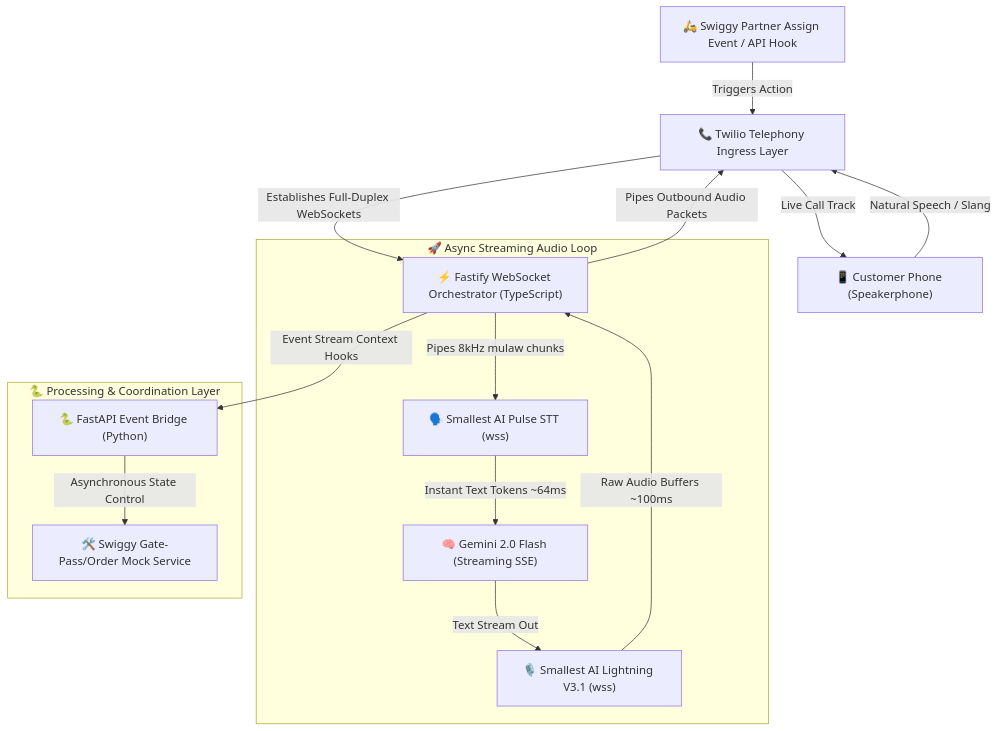
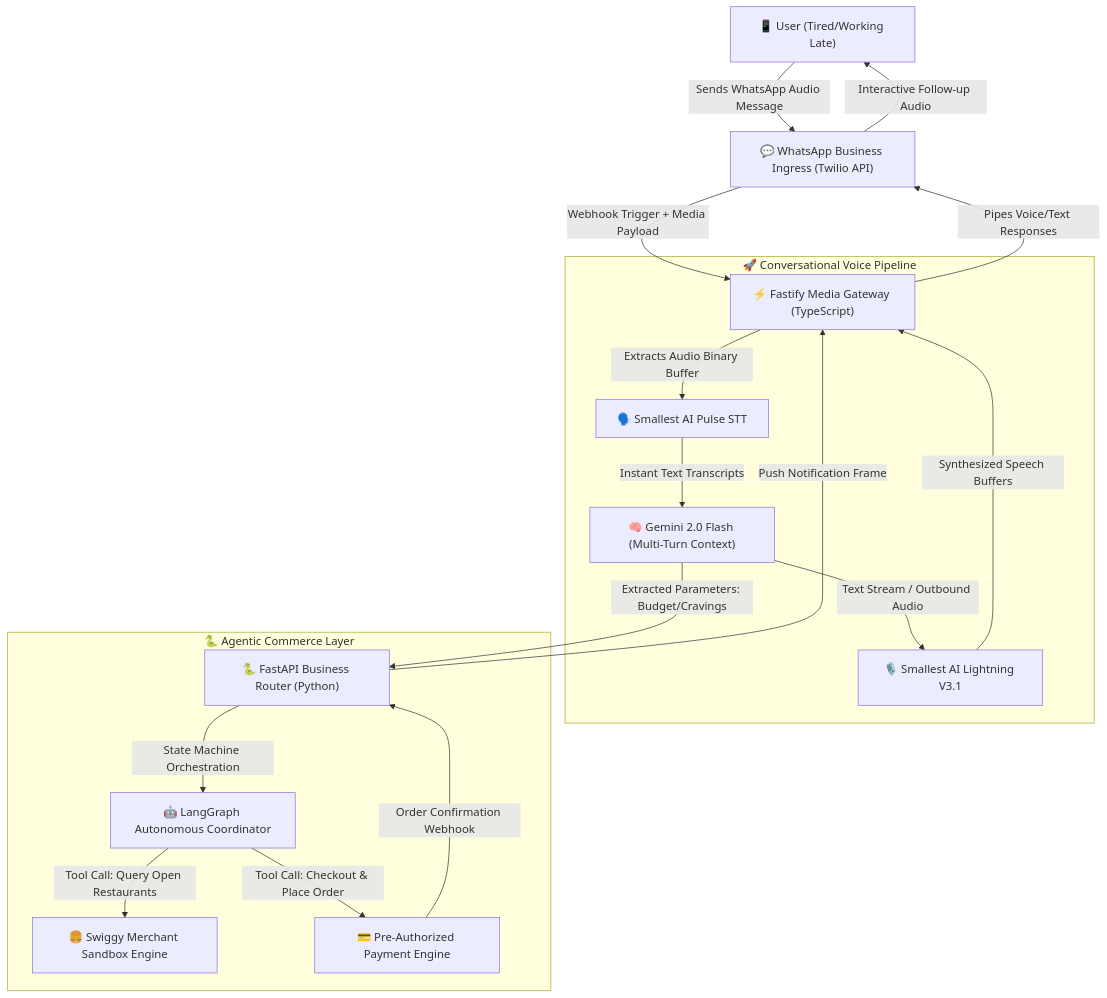
The diagram in README.md (vishalsingh2972/Late-Night-Bites), drawn with Mermaid before and after one commit. The commit also changed other lines of this file, not shown here.

````diff
--- a/README.md
+++ b/README.md
@@ -12,23 +11,24 @@
 ```mermaid
 flowchart TD
-    A["🛵 Swiggy Partner Assign Event / API Hook"] -->|Triggers Action| B["📞 Twilio Telephony Ingress Layer"]
-    B -->|Establishes Full-Duplex WebSockets| C["⚡ Fastify WebSocket Orchestrator (TypeScript)"]
+    A["📱 User (Tired/Working Late)"] -->|Sends WhatsApp Audio Message| B["💬 WhatsApp Business Ingress (Twilio API)"]
+    B -->|Webhook Trigger + Media Payload| C["⚡ Fastify Media Gateway (TypeScript)"]
     
-    subgraph Core_Engine ["🚀 Async Streaming Audio Loop"]
-        C -->|Pipes 8kHz mulaw chunks| D["🗣️ Smallest AI Pulse STT (wss)"]
-        D -->|Instant Text Tokens ~64ms| E["🧠 Gemini 2.0 Flash (Streaming SSE)"]
-        E -->|Text Stream Out| F["🎙️ Smallest AI Lightning V3.1 (wss)"]
-        F -->|Raw Audio Buffers ~100ms| C
+    subgraph Conversation_Engine ["🚀 Conversational Voice Pipeline"]
+        C -->|Extracts Audio Binary Buffer| D["🗣️ Smallest AI Pulse STT"]
+        D -->|Instant Text Transcripts| E["🧠 Gemini 2.0 Flash (Multi-Turn Context)"]
+        E -->|Text Stream / Outbound Audio| F["🎙️ Smallest AI Lightning V3.1"]
+        F -->|Synthesized Speech Buffers| C
     end
     
-    C -->|Pipes Outbound Audio Packets| B
-    B -->|Live Call Track| G["📱 Customer Phone (Speakerphone)"]
+    C -->|Pipes Voice/Text Responses| B -->|Interactive Follow-up Audio| A
     
-    subgraph Data_Orchestration ["🐍 Processing & Coordination Layer"]
-        C -->|Event Stream Context Hooks| H["🐍 FastAPI Event Bridge (Python)"]
-        H -->|Asynchronous State Control| I["🛠️ Swiggy Gate-Pass/Order Mock Service"]
+    subgraph Autonomous_Execution ["🐍 Agentic Commerce Layer"]
+        E -->|Extracted Parameters: Budget/Cravings| G["🐍 FastAPI Business Router (Python)"]
+        G -->|State Machine Orchestration| H["🤖 LangGraph Autonomous Coordinator"]
+        H -->|Tool Call: Query Open Restaurants| I["🍔 Swiggy Merchant Sandbox Engine"]
+        H -->|Tool Call: Checkout & Place Order| J["💳 Pre-Authorized Payment Engine"]
     end
     
-    G -->|Natural Speech / Slang| B
+    J -->|Order Confirmation Webhook| G -->|Push Notification Frame| C
 
 ```
````
